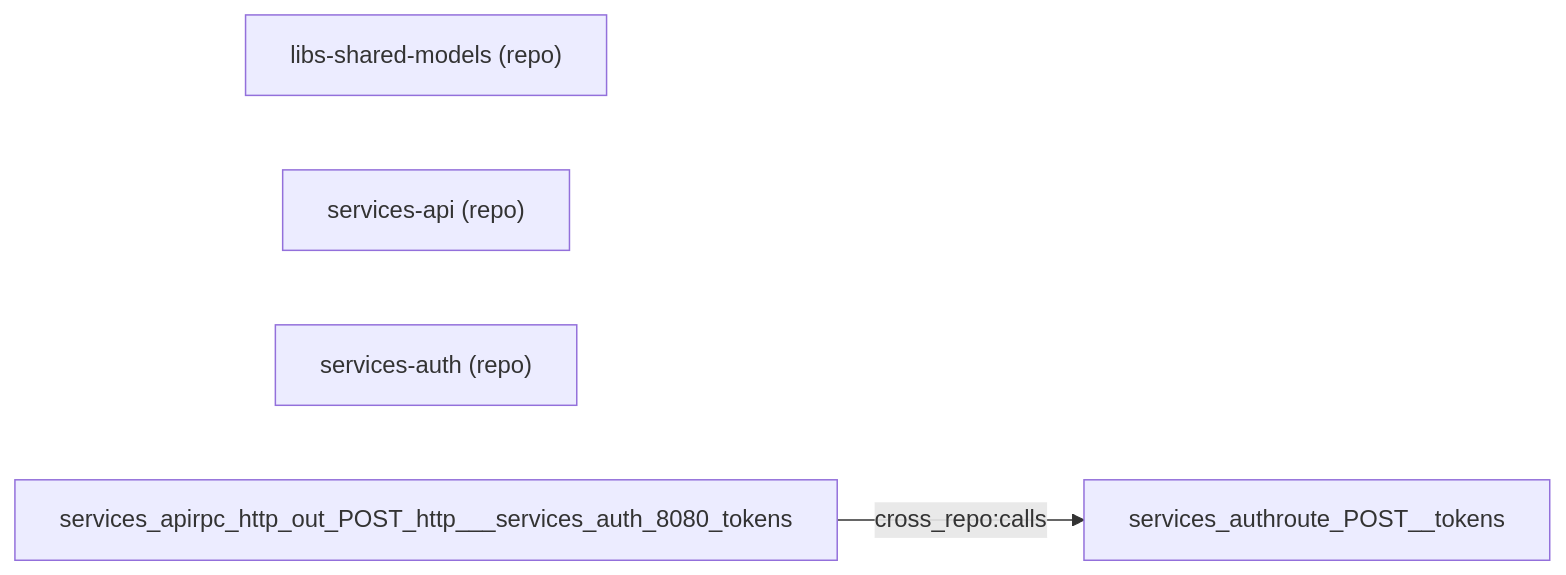
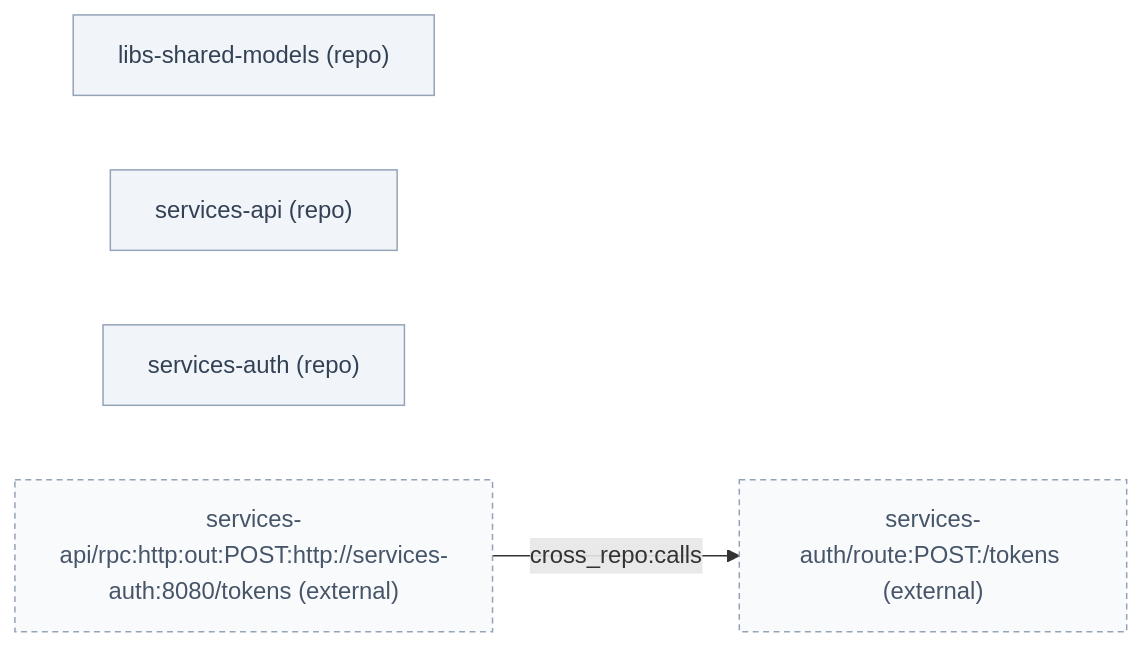
The second of 2 diagrams in docs/visualization-examples.md (configflux/weld), drawn with Mermaid before and after one commit. The commit also changed other lines of this file and 205 other files, not shown here.

````diff
--- a/docs/visualization-examples.md
+++ b/docs/visualization-examples.md
@@ -318,7 +351,14 @@
 ```mermaid
 flowchart LR
+%% weld graph export: 3 of 3 nodes shown
+    classDef weld_repo fill:#f1f5f9,stroke:#94a3b8,color:#334155;
+    classDef weldmeta_external fill:#f8fafc,stroke:#94a3b8,color:#475569,stroke-dasharray:4 3;
     repo_libs_shared_models["libs-shared-models (repo)"]
     repo_services_api["services-api (repo)"]
     repo_services_auth["services-auth (repo)"]
-    services_apirpc_http_out_POST_http___services_auth_8080_tokens -->|cross_repo:calls| services_authroute_POST__tokens
+    services_api_rpc_http_out_POST_http___services_auth_8080_tokens["services-api/rpc:http:out:POST:http://services-auth:8080/tokens (external)"]
+    services_auth_route_POST__tokens["services-auth/route:POST:/tokens (external)"]
+    services_api_rpc_http_out_POST_http___services_auth_8080_tokens -->|cross_repo:calls| services_auth_route_POST__tokens
+    class repo_libs_shared_models,repo_services_api,repo_services_auth weld_repo;
+    class services_api_rpc_http_out_POST_http___services_auth_8080_tokens,services_auth_route_POST__tokens weldmeta_external;
 ```
````
